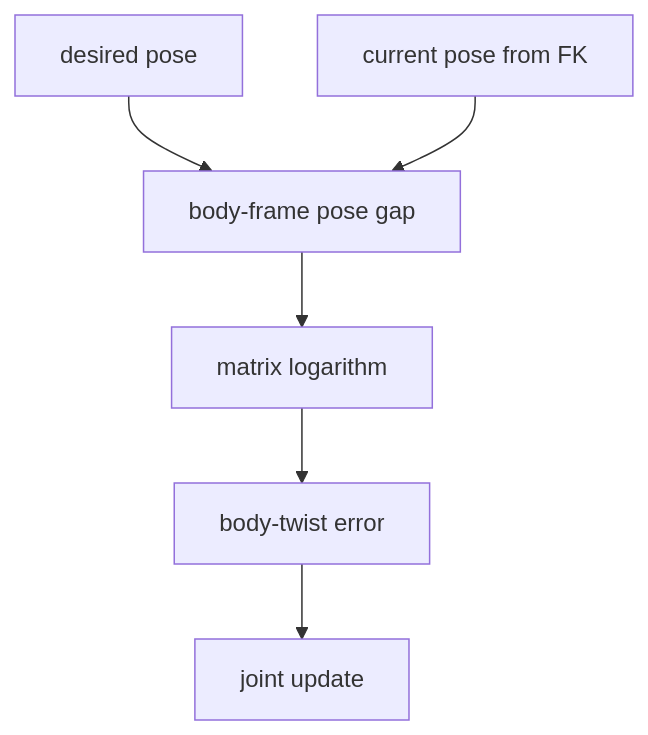
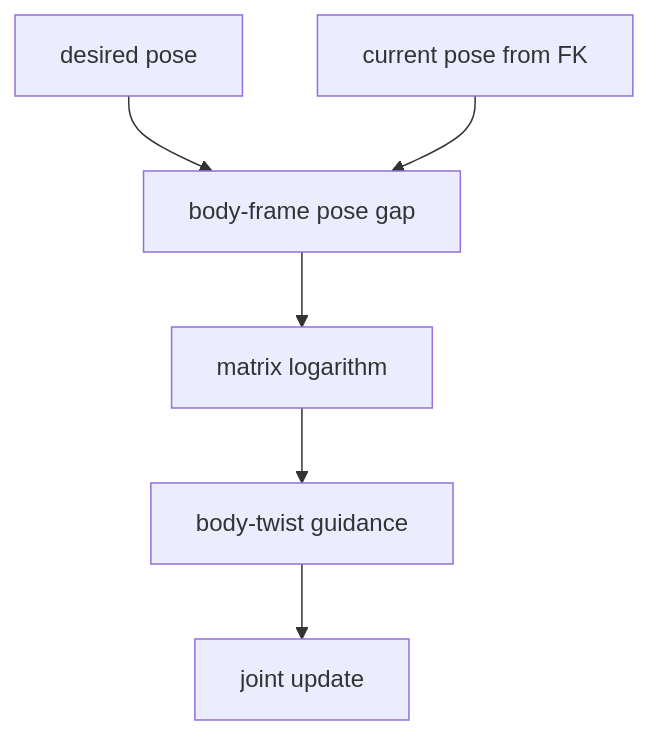
One commit to haymanmk/EmbodiedAILab changed the second of 2 diagrams in wiki/concepts/Numerical Inverse Kinematics.md. Above: the diagram before and after it, drawn with Mermaid. The commit also changed other lines of this file and 2 other files, not shown here.

First line of the commit message:
tutor: weave task-space-guidance reading into Numerical IK page

````diff
--- a/wiki/concepts/Numerical Inverse Kinematics.md
+++ b/wiki/concepts/Numerical Inverse Kinematics.md
@@ -128,8 +138,8 @@
 ```mermaid
 flowchart TB
     A2["desired pose"] --> D2["body-frame pose gap"]
     F2["current pose from FK"] --> D2
     D2 --> L2["matrix logarithm"]
-    L2 --> V2["body-twist error"]
+    L2 --> V2["body-twist guidance"]
     V2 --> U2["joint update"]
 ```
````
